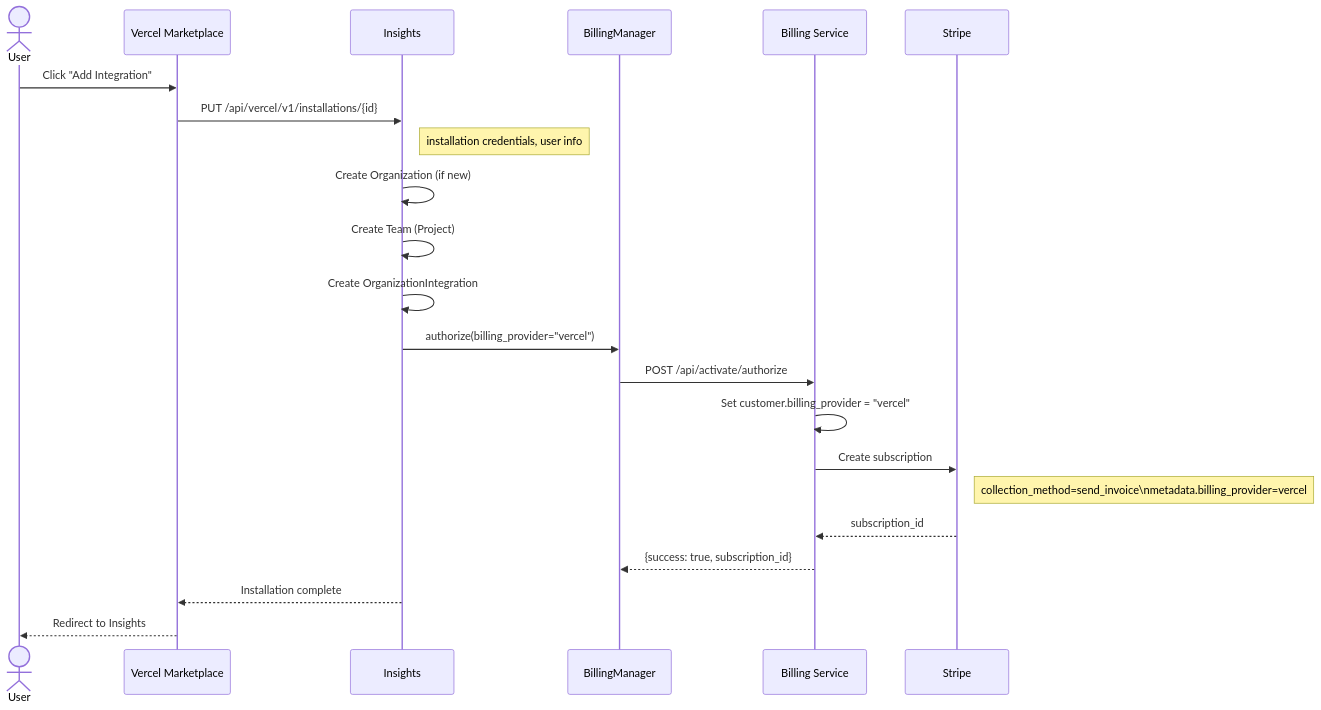
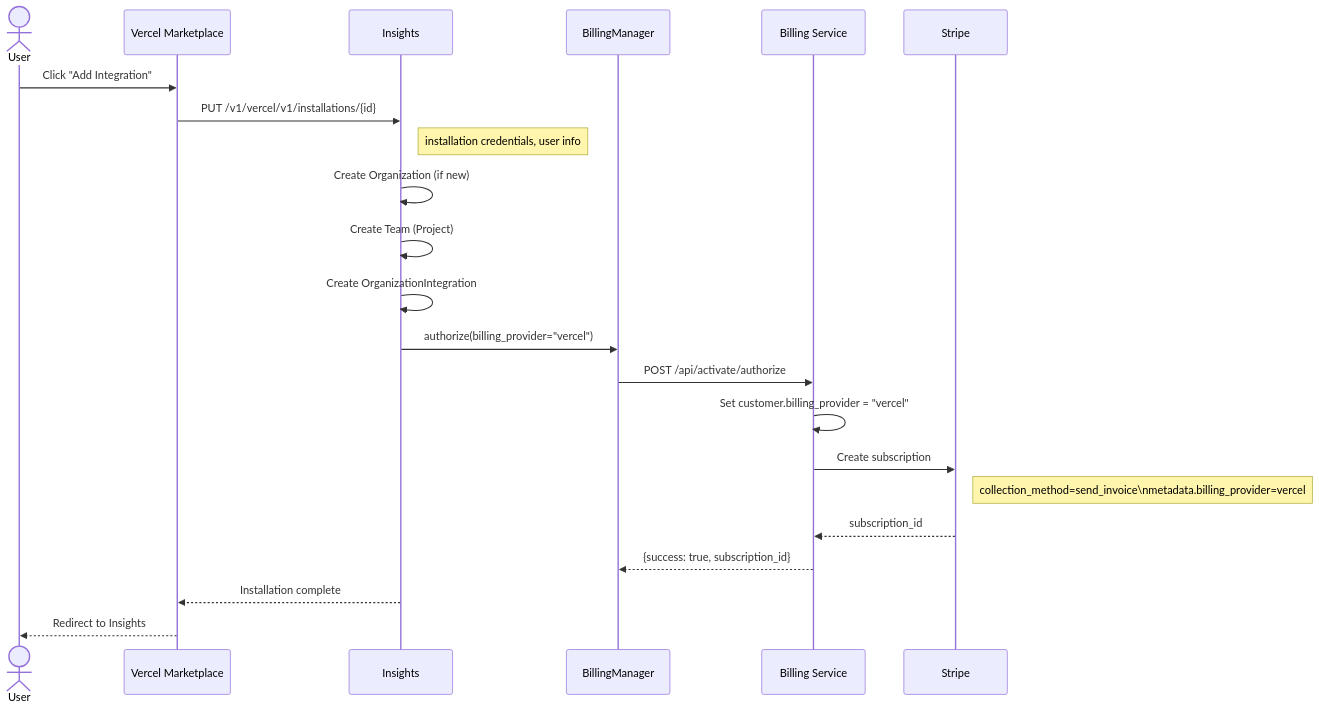
Before and after one commit to hanzoai/insights: the second of 10 diagrams in docs/published/handbook/engineering/vercel-integration.md, drawn with Mermaid. The commit also changed other lines of this file and 55 other files, not shown here.

````diff
--- a/docs/published/handbook/engineering/vercel-integration.md
+++ b/docs/published/handbook/engineering/vercel-integration.md
@@ -66,28 +66,28 @@
 ```mermaid
 sequenceDiagram
     actor User
     participant VM as Vercel Marketplace
     participant PH as Insights
     participant BM as BillingManager
     participant Billing as Billing Service
     participant Stripe
 
     User->>VM: Click "Add Integration"
-    VM->>PH: PUT /api/vercel/v1/installations/{id}
+    VM->>PH: PUT /v1/vercel/v1/installations/{id}
     Note right of PH: installation credentials, user info
 
     PH->>PH: Create Organization (if new)
     PH->>PH: Create Team (Project)
     PH->>PH: Create OrganizationIntegration
 
     PH->>BM: authorize(billing_provider="vercel")
     BM->>Billing: POST /api/activate/authorize
     Billing->>Billing: Set customer.billing_provider = "vercel"
     Billing->>Stripe: Create subscription
     Note right of Stripe: collection_method=send_invoice\nmetadata.billing_provider=vercel
     Stripe-->>Billing: subscription_id
     Billing-->>BM: {success: true, subscription_id}
 
     PH-->>VM: Installation complete
     VM-->>User: Redirect to Insights
 ```
````
